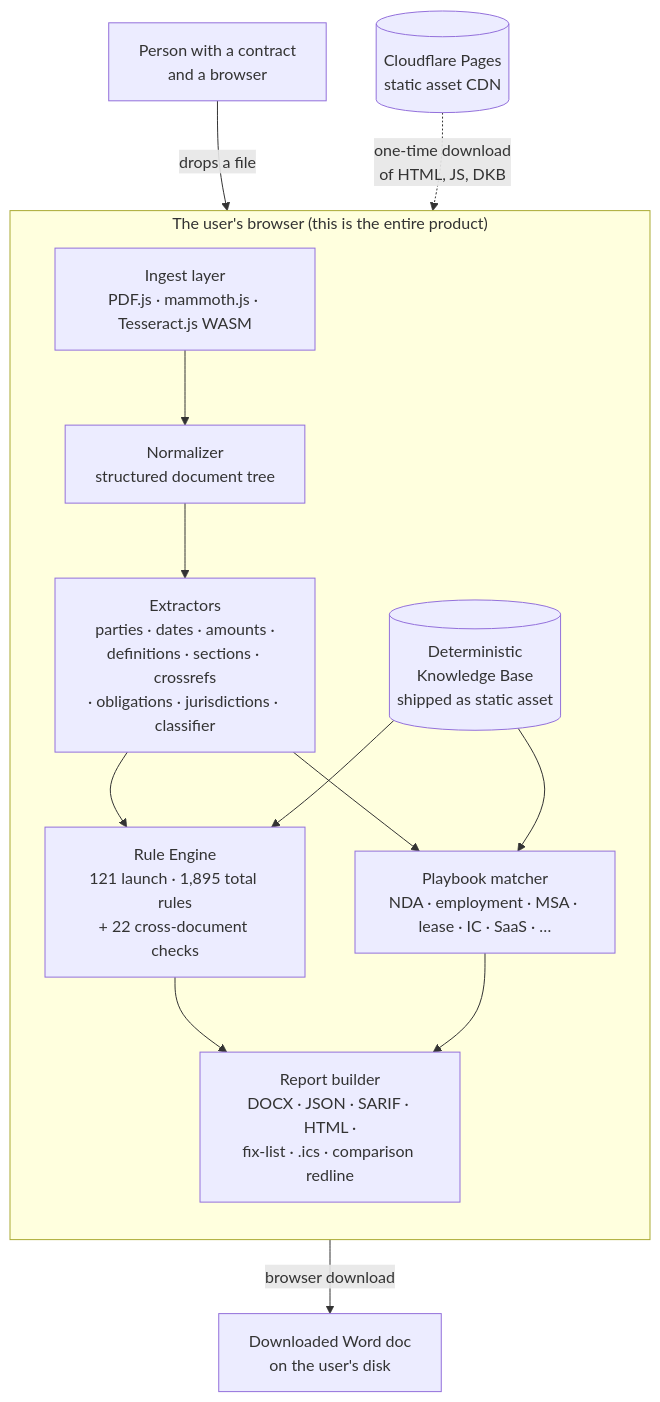
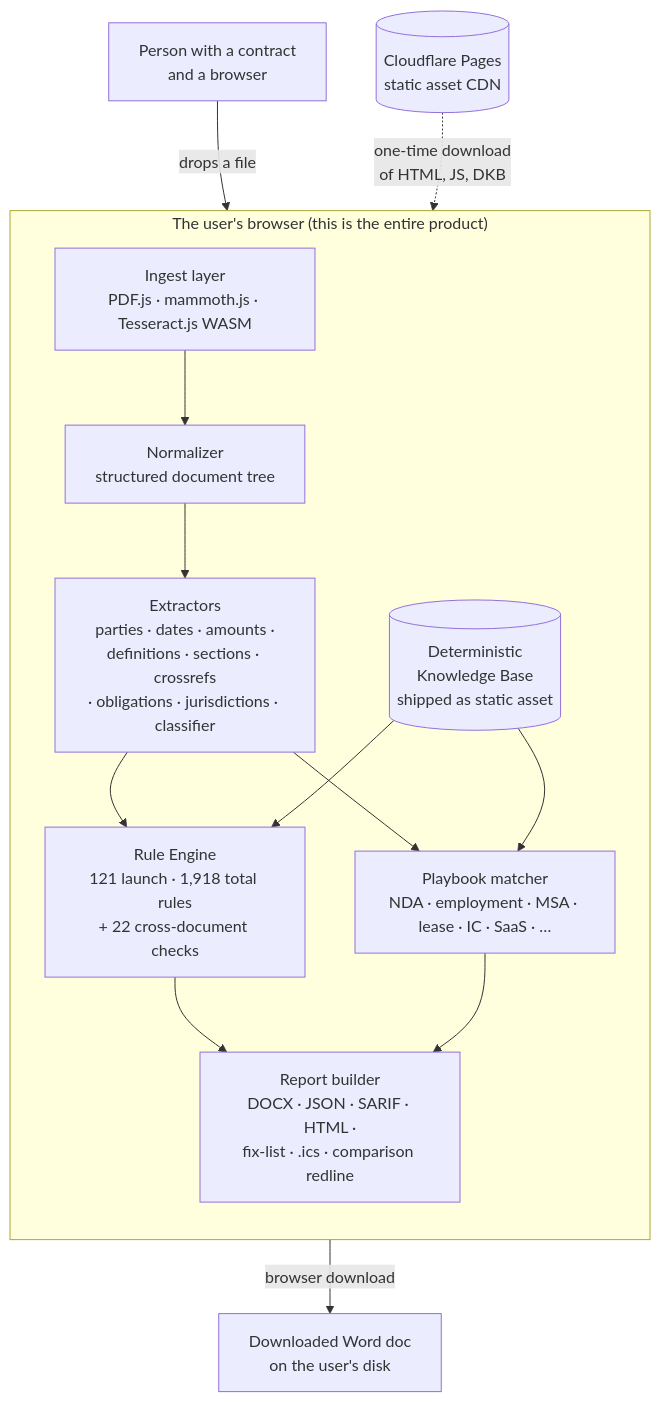
The diagram in docs/architecture.md (clay-good/vaulytica), drawn with Mermaid before and after one commit. The commit also changed other lines of this file and 409 other files, not shown here.

````diff
--- a/docs/architecture.md
+++ b/docs/architecture.md
@@ -5,28 +5,28 @@
 ```mermaid
 flowchart TB
     user[Person with a contract<br/>and a browser]
 
     subgraph browser["The user's browser (this is the entire product)"]
         direction TB
         ingest[Ingest layer<br/>PDF.js · mammoth.js · Tesseract.js WASM]
         normalize[Normalizer<br/>structured document tree]
         extract[Extractors<br/>parties · dates · amounts ·<br/>definitions · sections · crossrefs<br/>· obligations · jurisdictions · classifier]
-        engine[Rule Engine<br/>121 launch · 1,895 total rules<br/>+ 22 cross-document checks]
+        engine[Rule Engine<br/>121 launch · 1,918 total rules<br/>+ 22 cross-document checks]
         playbook[Playbook matcher<br/>NDA · employment · MSA · lease · IC · SaaS · …]
         dkb[(Deterministic<br/>Knowledge Base<br/>shipped as static asset)]
         report[Report builder<br/>DOCX · JSON · SARIF · HTML ·<br/>fix-list · .ics · comparison redline]
     end
 
     cdn[(Cloudflare Pages<br/>static asset CDN)]
     download[Downloaded Word doc<br/>on the user's disk]
 
     user -- "drops a file" --> ingest
     cdn -. "one-time download<br/>of HTML, JS, DKB" .-> browser
     ingest --> normalize --> extract --> engine
     extract --> playbook
     dkb --> engine
     dkb --> playbook
     engine --> report
     playbook --> report
     report -- "browser download" --> download
 ```
````
